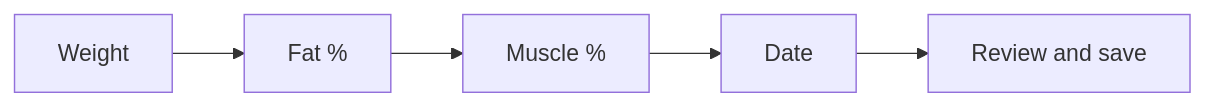
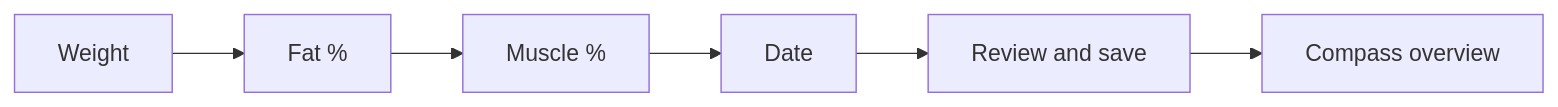
Before and after one commit to didac-crst/body-history: the diagram in README.md, drawn with Mermaid. The commit also changed other lines of this file and 25 other files, not shown here.

````diff
--- a/README.md
+++ b/README.md
@@ -56,7 +60,8 @@
 ```mermaid
 flowchart LR
   w["Weight"] --> f["Fat %"]
   f --> m["Muscle %"]
   m --> d["Date"]
   d --> s["Review and save"]
+  s --> c["Compass overview"]
 ```
````
